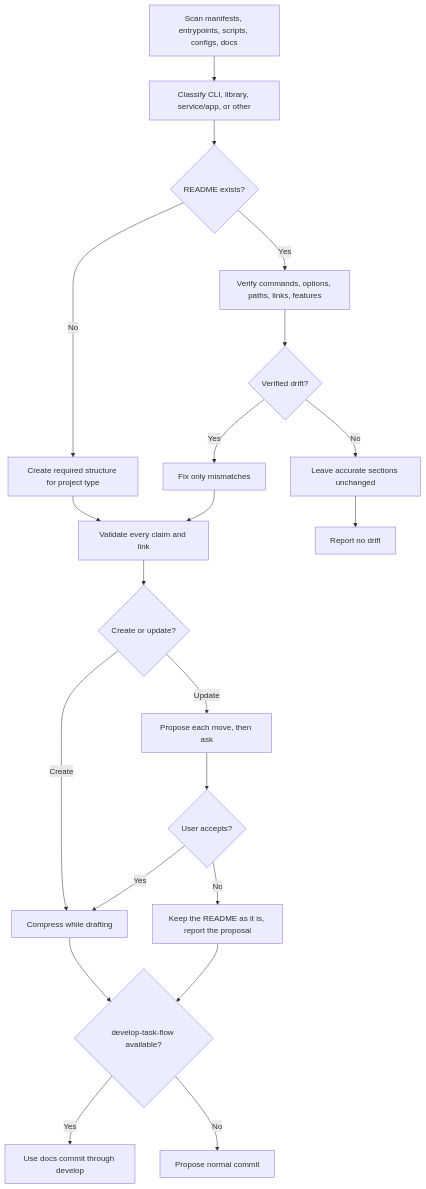
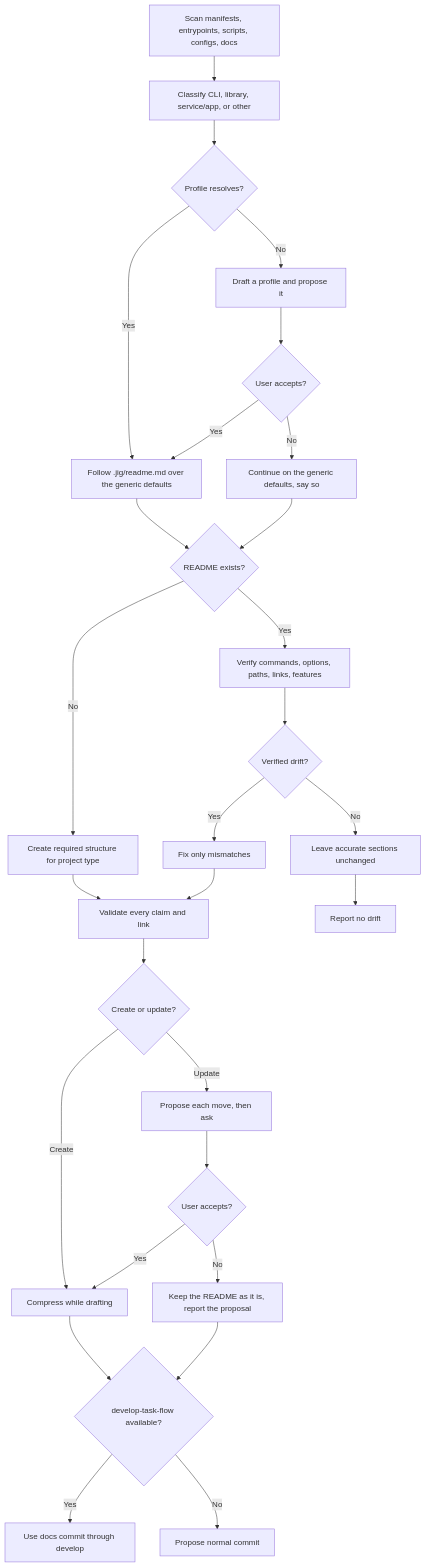
Before and after one commit to 0x0w1/jig: the diagram in docs/en/skills/readme.md, drawn with Mermaid. The commit also changed other lines of this file and 10 other files, not shown here.

````diff
--- a/docs/en/skills/readme.md
+++ b/docs/en/skills/readme.md
@@ -22,23 +22,30 @@
 ```mermaid
 flowchart TD
     Scan[Scan manifests, entrypoints, scripts, configs, docs] --> Type[Classify CLI, library, service/app, or other]
-    Type --> Exists{README exists?}
+    Type --> Profile{Profile resolves?}
+    Profile -- Yes --> Follow[Follow .jig/readme.md over the generic defaults]
+    Profile -- No --> Offer[Draft a profile and propose it]
+    Offer --> Written{User accepts?}
+    Written -- Yes --> Follow
+    Written -- No --> Defaults[Continue on the generic defaults, say so]
+    Follow --> Exists{README exists?}
+    Defaults --> Exists
     Exists -- No --> Create[Create required structure for project type]
     Exists -- Yes --> Audit[Verify commands, options, paths, links, features]
     Audit --> Drift{Verified drift?}
     Drift -- Yes --> Fix[Fix only mismatches]
     Drift -- No --> Preserve[Leave accurate sections unchanged]
     Create --> Validate[Validate every claim and link]
     Fix --> Validate
     Preserve --> Report[Report no drift]
     Validate --> Compress{Create or update?}
     Compress -- Create --> Applied[Compress while drafting]
     Compress -- Update --> Proposal[Propose each move, then ask]
     Proposal --> Answer{User accepts?}
     Answer -- Yes --> Applied
     Answer -- No --> Kept[Keep the README as it is, report the proposal]
     Applied --> Flow{develop-task-flow available?}
     Kept --> Flow
     Flow -- Yes --> Merge[Use docs commit through develop]
     Flow -- No --> Propose[Propose normal commit]
 ```
````
